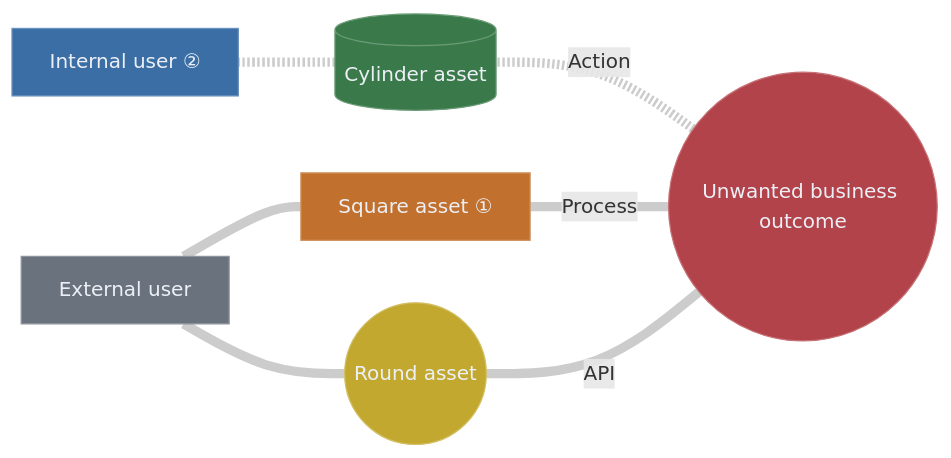
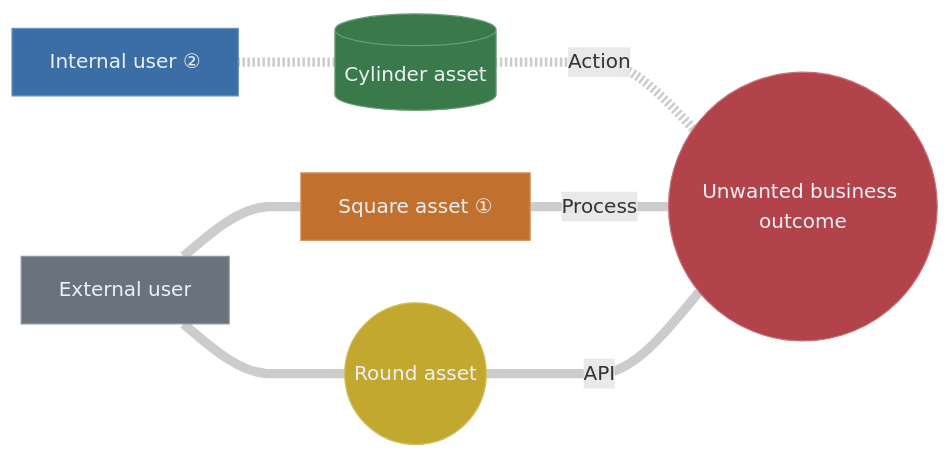
One commit to tomituominen/APME changed the diagram in sample-graph.md. Above: the diagram before and after it, drawn with Mermaid. The commit also changed 1 other file, not shown here.

Commit message:
Saved Mermaid: monotoneX curve (gap-free, smooth, no overshoot)
Lines reach nodes cleanly (fixes the basis-curve endpoint gap) while staying
smooth and — unlike natural — without overshooting dagre's routing waypoints.
Loader ignores the %% directive. Regenerated sample-graph.md.

````diff
--- a/sample-graph.md
+++ b/sample-graph.md
@@ -3,27 +3,28 @@
 ```mermaid
+%%{init: {"flowchart": {"curve": "monotoneX"}}}%%
 %% APM-DATA: {"v":1,"dir":"RL","master":"n2","pos":{"n2":[0,0],"n4":[-390,-227],"n5":[-390,-27],"n6":[-390,173],"n7":[-770,-235],"n8":[-770,65]},"bends":{"n2|n4":[-0.0741,0.3825],"n2|n5":[-0.0181,0.0348],"n2|n6":[-0.0486,-0.3349]},"notes":{"n5":"Important note about the asset","n7":"Important note about the user"}}
 flowchart RL
   n2(("Unwanted business outcome"))
   n4[("Cylinder asset")]
   n5["Square asset ①"]
   n6(("Round asset"))
   n7["Internal user ②"]
   n8["External user"]
   n2 -.-|"Action"| n4
   n2 ---|"Process"| n5
   n2 ---|"API"| n6
   n4 -.- n7
   n5 --- n8
   n6 --- n8
   linkStyle default stroke:#cccccc,stroke-width:7.5px;
 
   style n2 fill:#b3434a,stroke:#c67277,color:#ecf0f6
   style n4 fill:#3a7a4a,stroke:#6b9b77,color:#ecf0f6
   style n5 fill:#c2702e,stroke:#d19462,color:#ecf0f6
   style n6 fill:#c2a82e,stroke:#d1be62,color:#ecf0f6
   style n7 fill:#3a6ea5,stroke:#6b92bc,color:#ecf0f6
   style n8 fill:#6a737d,stroke:#8f969e,color:#ecf0f6
 
   click n5 "#note-n5" "Square asset"
   click n7 "#note-n7" "Internal user"
 ```
````
